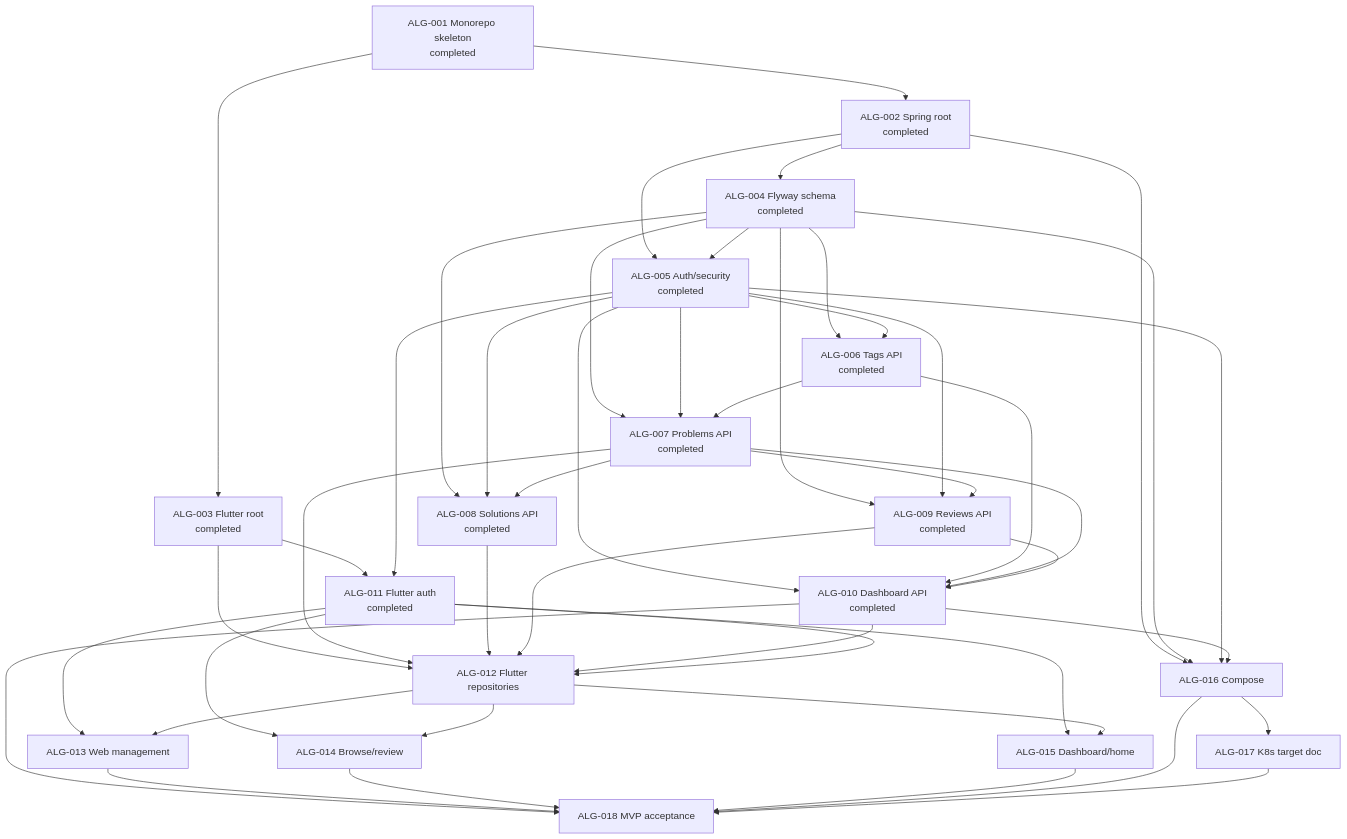
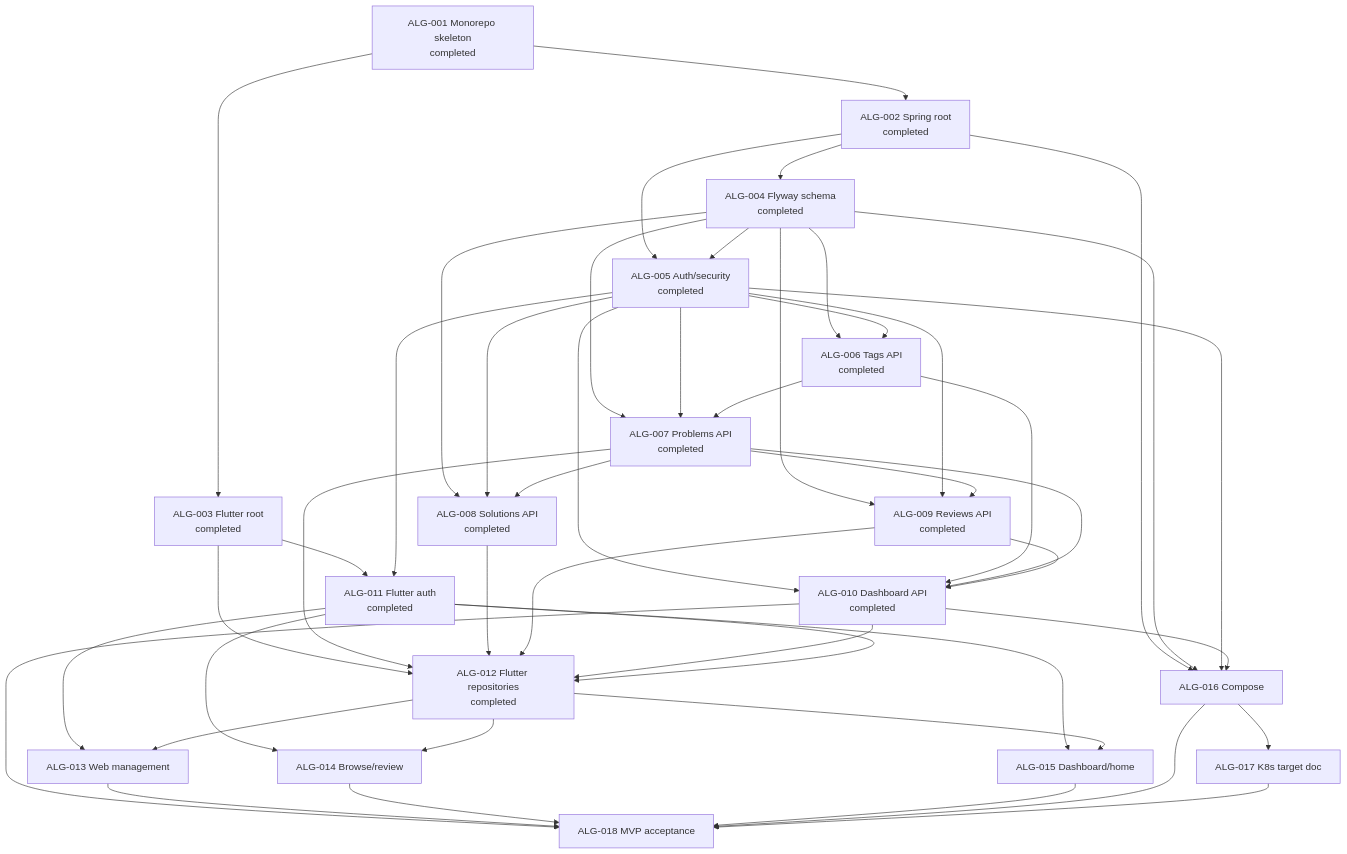
One commit to allenljf/algorithm-learning changed the diagram in agent-workflow/WORK_GRAPH.md. Above: the diagram before and after it, drawn with Mermaid. The commit also changed 7 other files, not shown here.

````diff
--- a/agent-workflow/WORK_GRAPH.md
+++ b/agent-workflow/WORK_GRAPH.md
@@ -3,67 +3,67 @@
 ```mermaid
 flowchart TD
   T1[ALG-001 Monorepo skeleton\ncompleted]
   T2[ALG-002 Spring root\ncompleted]
   T3[ALG-003 Flutter root\ncompleted]
   T4[ALG-004 Flyway schema\ncompleted]
   T5[ALG-005 Auth/security\ncompleted]
   T6[ALG-006 Tags API\ncompleted]
   T7[ALG-007 Problems API\ncompleted]
   T8[ALG-008 Solutions API\ncompleted]
   T9[ALG-009 Reviews API\ncompleted]
   T10[ALG-010 Dashboard API\ncompleted]
   T11[ALG-011 Flutter auth\ncompleted]
-  T12[ALG-012 Flutter repositories]
+  T12[ALG-012 Flutter repositories\ncompleted]
   T13[ALG-013 Web management]
   T14[ALG-014 Browse/review]
   T15[ALG-015 Dashboard/home]
   T16[ALG-016 Compose]
   T17[ALG-017 K8s target doc]
   T18[ALG-018 MVP acceptance]
 
   T1 --> T2
   T1 --> T3
   T2 --> T4
   T2 --> T5
   T4 --> T5
   T4 --> T6
   T5 --> T6
   T4 --> T7
   T5 --> T7
   T6 --> T7
   T4 --> T8
   T5 --> T8
   T7 --> T8
   T4 --> T9
   T5 --> T9
   T7 --> T9
   T5 --> T10
   T6 --> T10
   T7 --> T10
   T9 --> T10
   T3 --> T11
   T5 --> T11
   T3 --> T12
   T7 --> T12
   T8 --> T12
   T9 --> T12
   T10 --> T12
   T11 --> T12
   T11 --> T13
   T12 --> T13
   T11 --> T14
   T12 --> T14
   T11 --> T15
   T12 --> T15
   T2 --> T16
   T4 --> T16
   T5 --> T16
   T10 --> T16
   T16 --> T17
   T10 --> T18
   T13 --> T18
   T14 --> T18
   T15 --> T18
   T16 --> T18
   T17 --> T18
 ```
````
